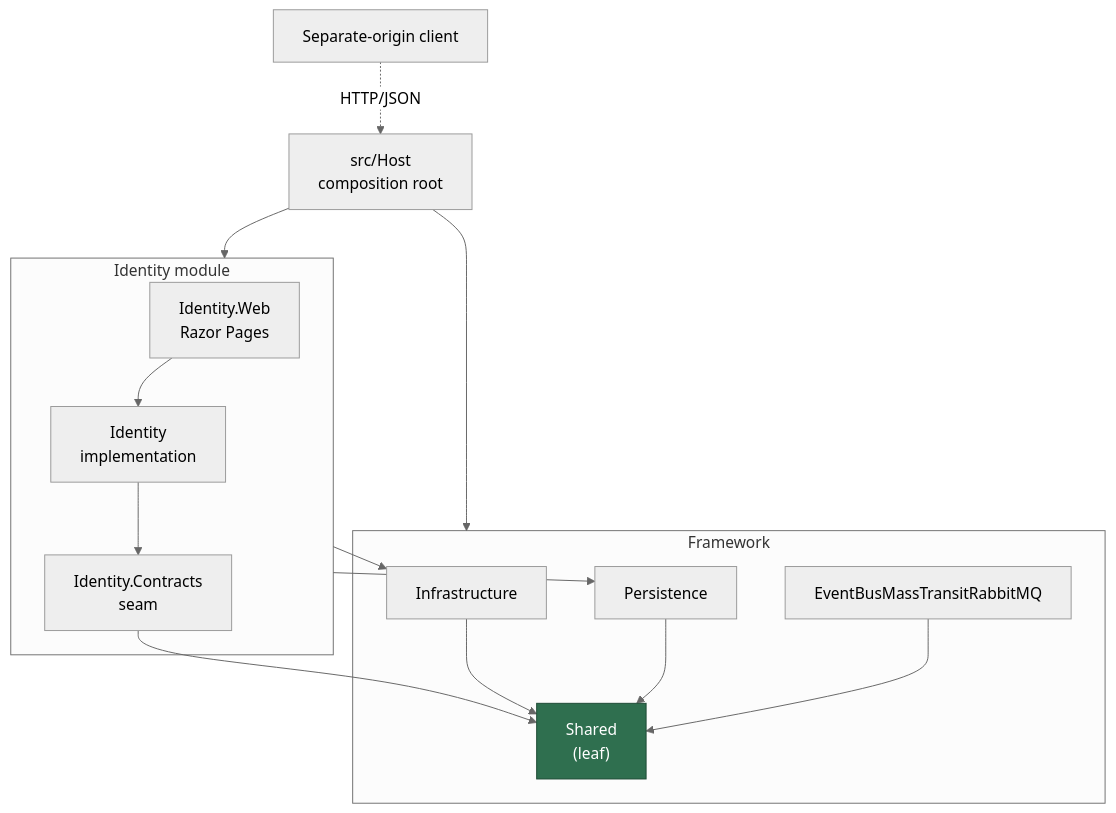
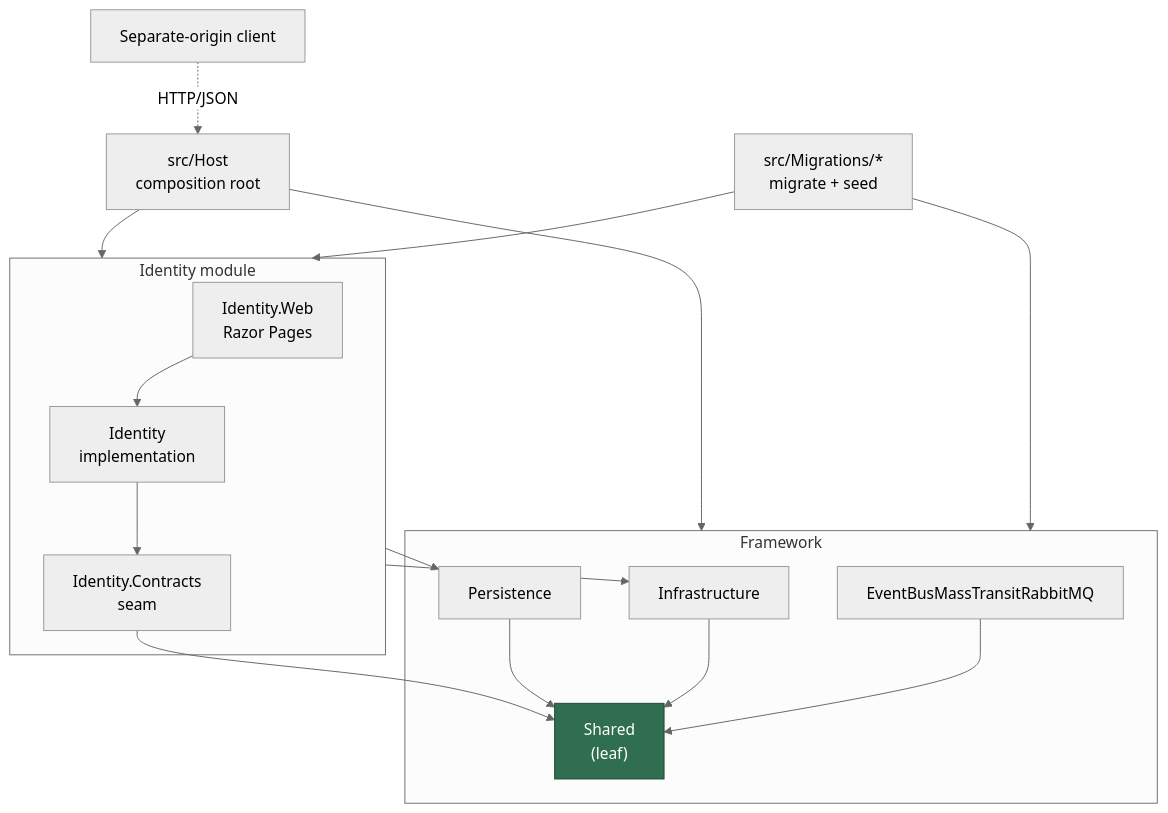
Before and after one commit to lightdotnet/ModularMonolith: the first of 2 diagrams in README.md, drawn with Mermaid (neutral theme). The commit also changed other lines of this file and 7 other files, not shown here.

First line of the commit message:
docs(conventions): add convention docs from main and sync architecture docs with migrations

````diff
--- a/README.md
+++ b/README.md
@@ -31,30 +35,33 @@
 ```mermaid
 graph TD
     Client["Separate-origin client"]
     Host["src/Host<br/>composition root"]
+    Migrators["src/Migrations/*<br/>migrate + seed"]
 
     subgraph IdentityModule["Identity module"]
         IdW["Identity.Web<br/>Razor Pages"]
         Id["Identity<br/>implementation"]
         IdC["Identity.Contracts<br/>seam"]
     end
 
     subgraph Framework["Framework"]
         Infra["Infrastructure"]
         Persistence["Persistence"]
         Bus["EventBusMassTransitRabbitMQ"]
         Shared["Shared<br/>(leaf)"]
     end
 
     Client -. HTTP/JSON .-> Host
     Host --> IdentityModule
     Host --> Framework
+    Migrators --> IdentityModule
+    Migrators --> Framework
     IdW --> Id
     Id --> IdC
     IdentityModule --> Infra & Persistence
     IdC --> Shared
     Infra & Persistence & Bus --> Shared
 
     classDef leaf fill:#2f6f4f,stroke:#1e4a34,color:#fff;
     class Shared leaf;
 ```
````
